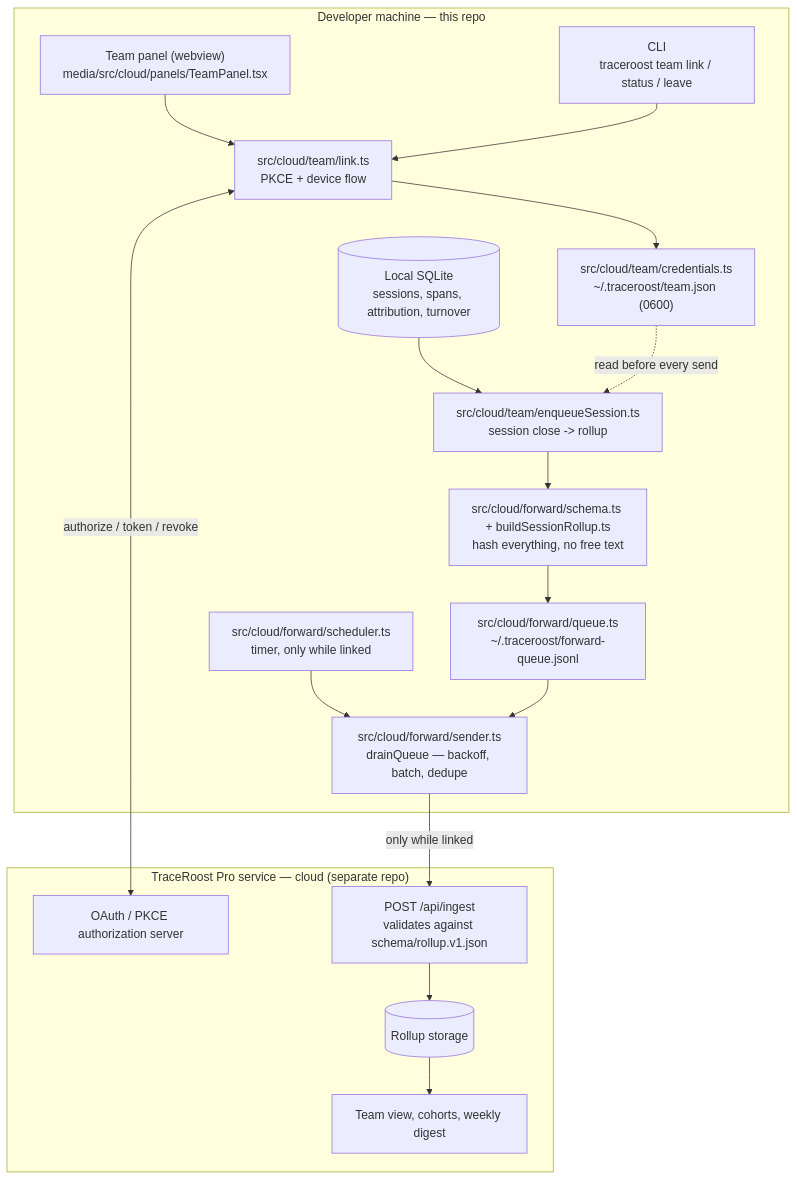
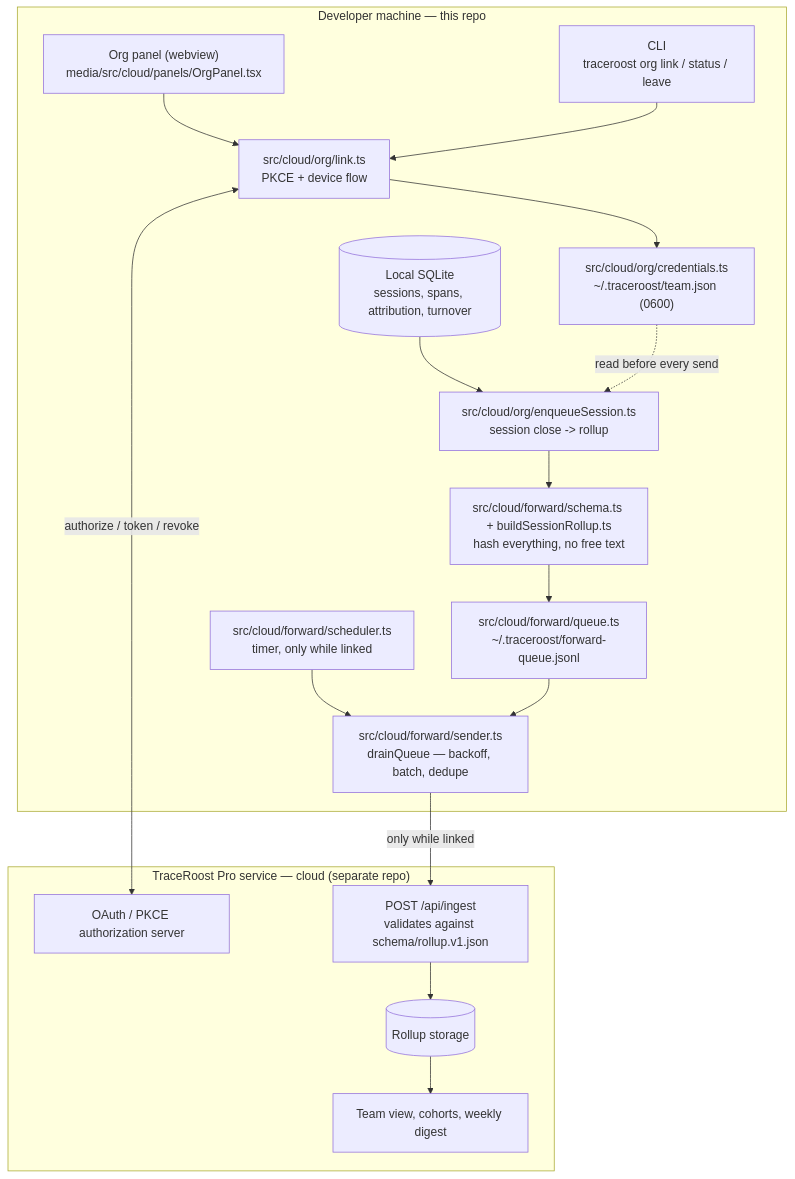
Before and after one commit to traceroost/core: the first of 2 diagrams in CLOUD_ARCHITECTURE.md, drawn with Mermaid. The commit also changed other lines of this file and 106 other files, not shown here.

Commit message:
Update cloud integration, org naming, analytics, and platform guidance

````diff
--- a/CLOUD_ARCHITECTURE.md
+++ b/CLOUD_ARCHITECTURE.md
@@ -34,34 +34,34 @@
 ```mermaid
 graph TB
     subgraph Machine["Developer machine — this repo"]
-        PANEL["Team panel (webview)<br/>media/src/cloud/panels/TeamPanel.tsx"]
-        CLI["CLI<br/>traceroost team link / status / leave"]
-        LINK["src/cloud/team/link.ts<br/>PKCE + device flow"]
-        CRED["src/cloud/team/credentials.ts<br/>~/.traceroost/team.json (0600)"]
-        ENQ["src/cloud/team/enqueueSession.ts<br/>session close -> rollup"]
+        PANEL["Org panel (webview)<br/>media/src/cloud/panels/OrgPanel.tsx"]
+        CLI["CLI<br/>traceroost org link / status / leave"]
+        LINK["src/cloud/org/link.ts<br/>PKCE + device flow"]
+        CRED["src/cloud/org/credentials.ts<br/>~/.traceroost/team.json (0600)"]
+        ENQ["src/cloud/org/enqueueSession.ts<br/>session close -> rollup"]
         SCHEMA["src/cloud/forward/schema.ts + buildSessionRollup.ts<br/>hash everything, no free text"]
         QUEUE["src/cloud/forward/queue.ts<br/>~/.traceroost/forward-queue.jsonl"]
         SCHED["src/cloud/forward/scheduler.ts<br/>timer, only while linked"]
         SEND["src/cloud/forward/sender.ts<br/>drainQueue — backoff, batch, dedupe"]
         LOCAL[("Local SQLite<br/>sessions, spans, attribution, turnover")]
     end
 
     subgraph Service["TraceRoost Pro service — cloud (separate repo)"]
         OAUTH["OAuth / PKCE authorization server"]
         INGEST["POST /api/ingest<br/>validates against schema/rollup.v1.json"]
         STORE[("Rollup storage")]
         VIEWS["Team view, cohorts, weekly digest"]
     end
 
     PANEL --> LINK
     CLI --> LINK
     LINK <-->|"authorize / token / revoke"| OAUTH
     LINK --> CRED
     LOCAL --> ENQ
     CRED -.->|"read before every send"| ENQ
     ENQ --> SCHEMA --> QUEUE
     SCHED --> SEND
     QUEUE --> SEND
     SEND -->|"only while linked"| INGEST
     INGEST --> STORE --> VIEWS
 ```
````
